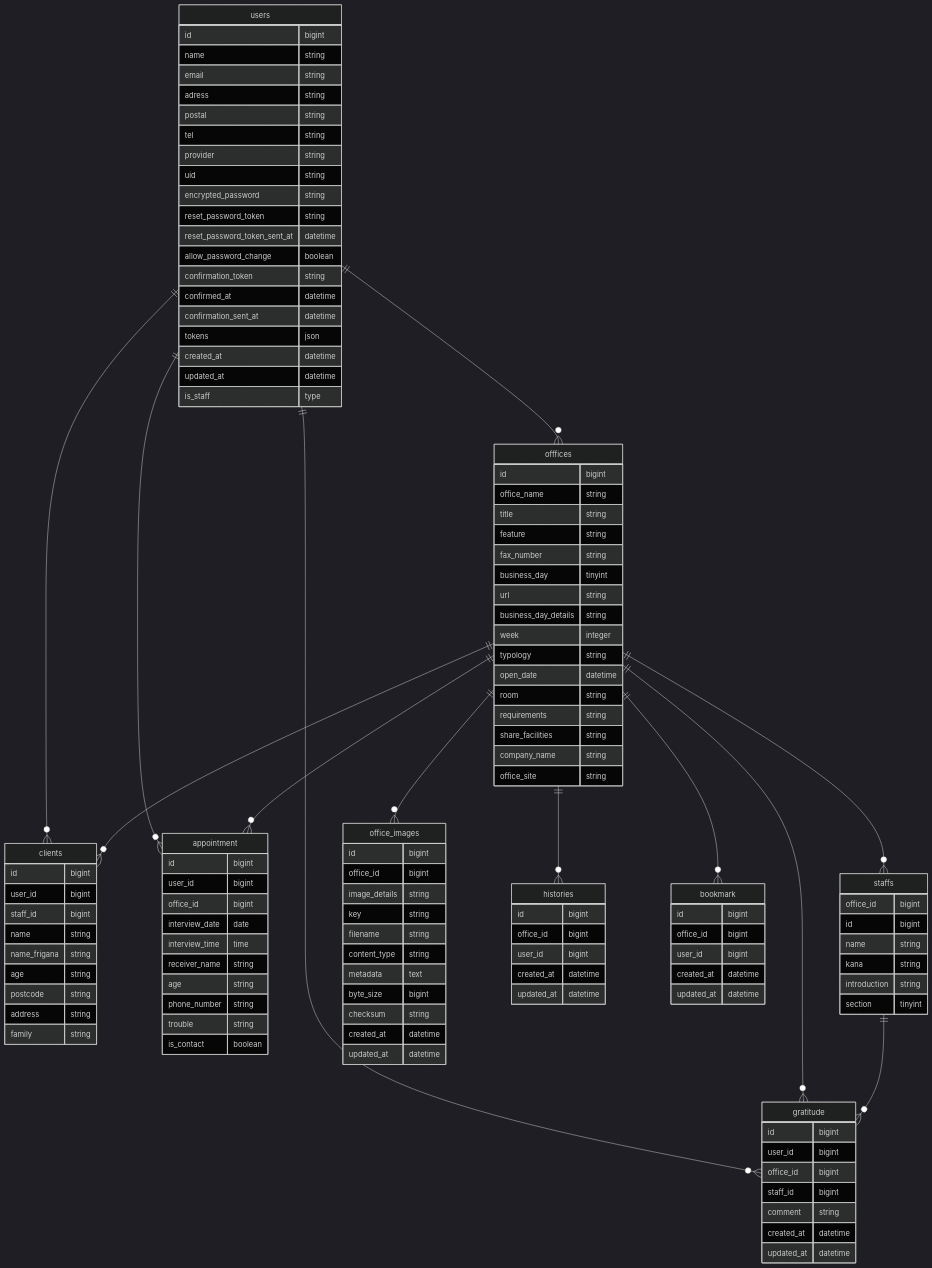
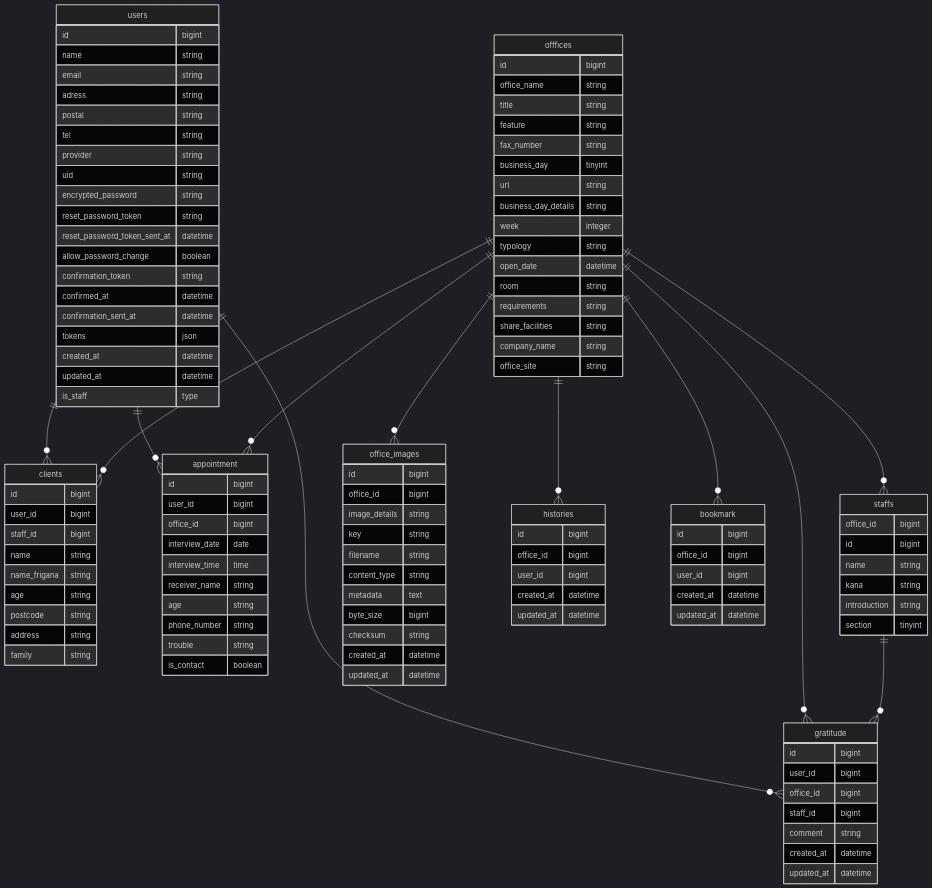
The diagram in README.md (rtkjm22/homeCareNavi_2nd_API), drawn with Mermaid (dark theme) before and after one commit.

````diff
--- a/README.md
+++ b/README.md
@@ -36,6 +36,5 @@
 ```mermaid
 erDiagram
-    users ||--o{ offfices: ""
     users ||--o{ clients: ""
     users ||--o{ appointment: ""
     users ||--o{ gratitude: ""
````
